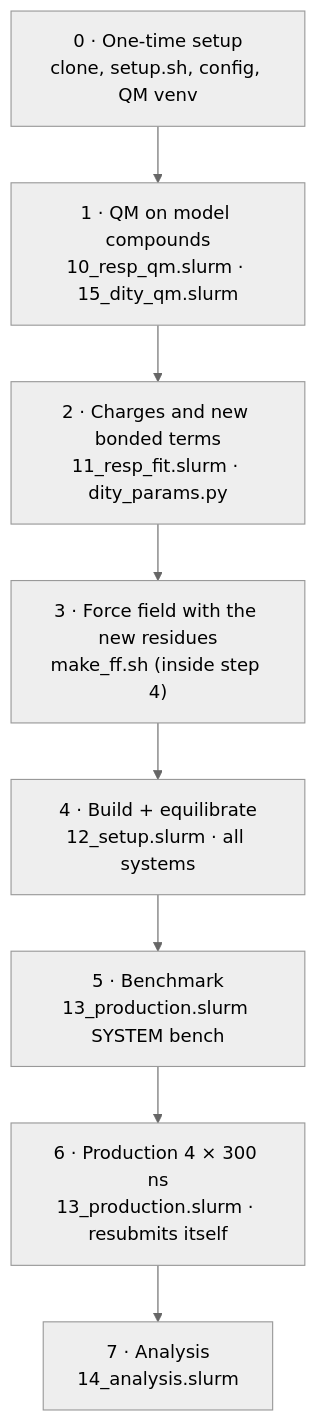
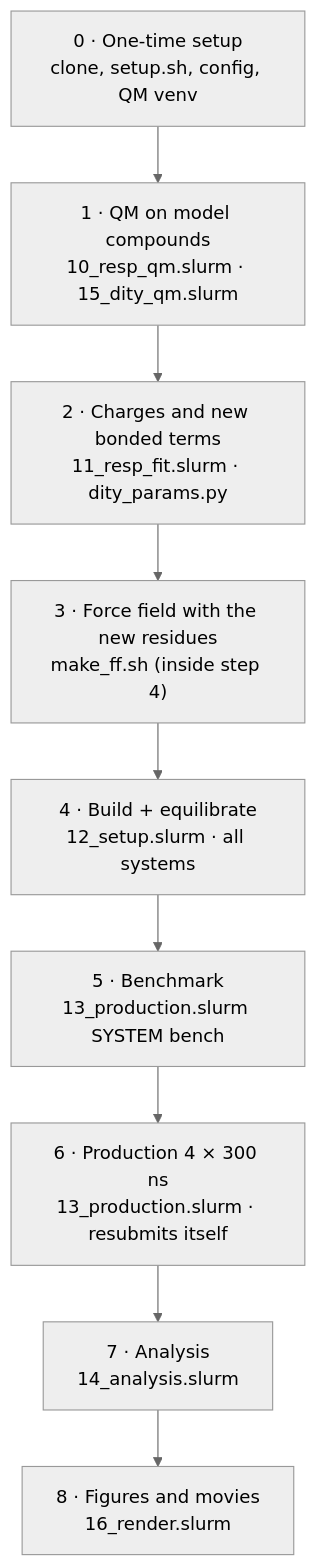
The diagram in dopa/README.md (klimacht/ssi-workflow), drawn with Mermaid (neutral theme) before and after one commit. The commit also changed other lines of this file and 7 other files, not shown here.

First line of the commit message:
dopa: PyMOL figures and movies (step 8, 16_render.slurm)

````diff
--- a/dopa/README.md
+++ b/dopa/README.md
@@ -131,11 +132,12 @@
 ```mermaid
 flowchart TD
   A["0 · One-time setup<br/>clone, setup.sh, config, QM venv"] --> B
   B["1 · QM on model compounds<br/>10_resp_qm.slurm · 15_dity_qm.slurm"] --> C
   C["2 · Charges and new bonded terms<br/>11_resp_fit.slurm · dity_params.py"] --> D
   D["3 · Force field with the new residues<br/>make_ff.sh (inside step 4)"] --> E
   E["4 · Build + equilibrate<br/>12_setup.slurm · all systems"] --> F
   F["5 · Benchmark<br/>13_production.slurm SYSTEM bench"] --> G
   G["6 · Production 4 × 300 ns<br/>13_production.slurm · resubmits itself"] --> H
-  H["7 · Analysis<br/>14_analysis.slurm"]
+  H["7 · Analysis<br/>14_analysis.slurm"] --> I
+  I["8 · Figures and movies<br/>16_render.slurm"]
 ```
````
